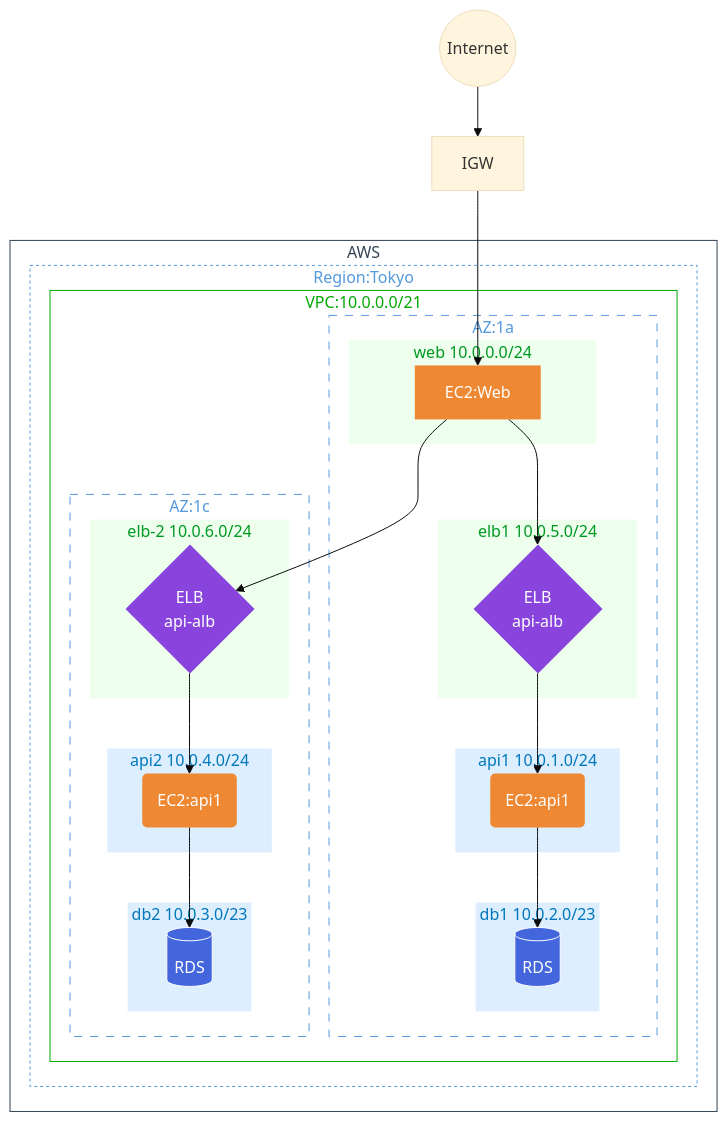
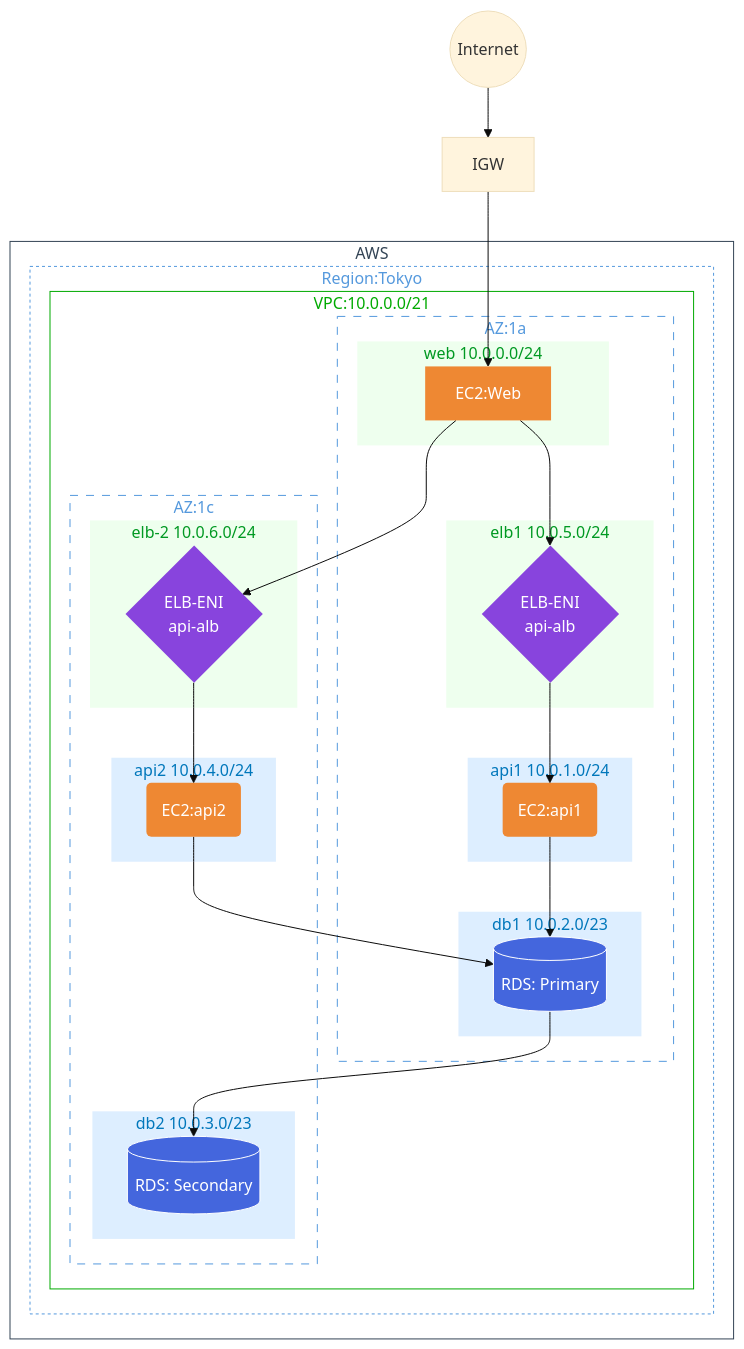
Before and after one commit to kuma8088/ct_sprints_iimura: the diagram in README.md, drawn with Mermaid (base theme).

Commit message:
Mermaid chart update

```diff
--- a/README.md
+++ b/README.md
@@ -27,25 +27,25 @@
           CP1[EC2:Web]
         end
         subgraph GS1[elb1 10.0.5.0/24]
-          NW1{ELB<br>api-alb}
+          NW1{ELB-ENI<br>api-alb}
         end
 
         subgraph GS3[api1 10.0.1.0/24]
           CP2("EC2:api1")
         end
         subgraph GS5[db1 10.0.2.0/23]
-          DB1[("RDS")]
+          DB1[("RDS: Primary")]
         end
       end
      subgraph GB[AZ:1c]
         subgraph GS6[elb-2 10.0.6.0/24]
-          NW2{ELB<br>api-alb}
+          NW2{ELB-ENI<br>api-alb}
         end
         subgraph GS7[api2 10.0.4.0/24]
-          CP3("EC2:api1")
+          CP3("EC2:api2")
         end
         subgraph GS8[db2 10.0.3.0/23]
-          DB2[("RDS")]
+          DB2[("RDS: Secondary")]
         end
       end
     end
@@ -60,7 +60,8 @@
 NW1 --> CP2
 NW2 --> CP3
 CP2 --> DB1
-CP3 --> DB2
+CP3 --> DB1
+DB1 --> DB2
 
 %%---スタイルの設定---
 %%AWS Cloudのスタイル
```
